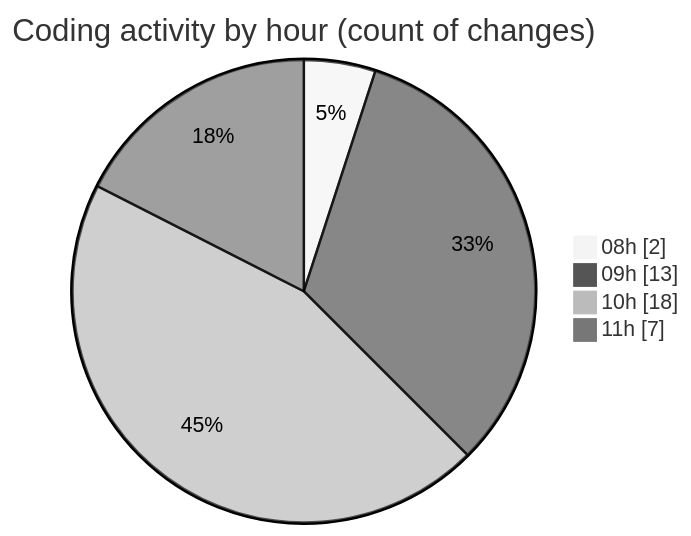
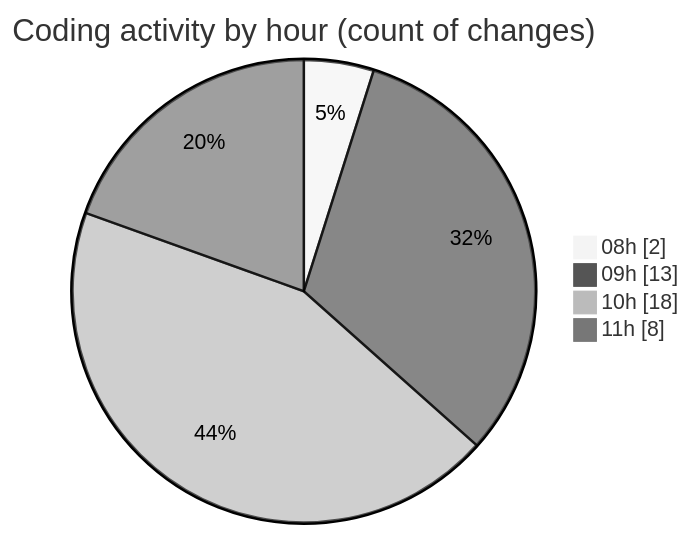
One commit to LanceThiago/code-tracking changed the second of 2 diagrams in 2025-03-26/kml/README.md. Above: the diagram before and after it, drawn with Mermaid (neutral theme). The commit also changed other lines of this file and 1 other file, not shown here.

````diff
--- a/2025-03-26/kml/README.md
+++ b/2025-03-26/kml/README.md
@@ -34,8 +34,8 @@
 ```mermaid
 pie showData
 title Coding activity by hour (count of changes)
 "08h" : 2
 "09h" : 13
 "10h" : 18
-"11h" : 7
+"11h" : 8
 ```
````
